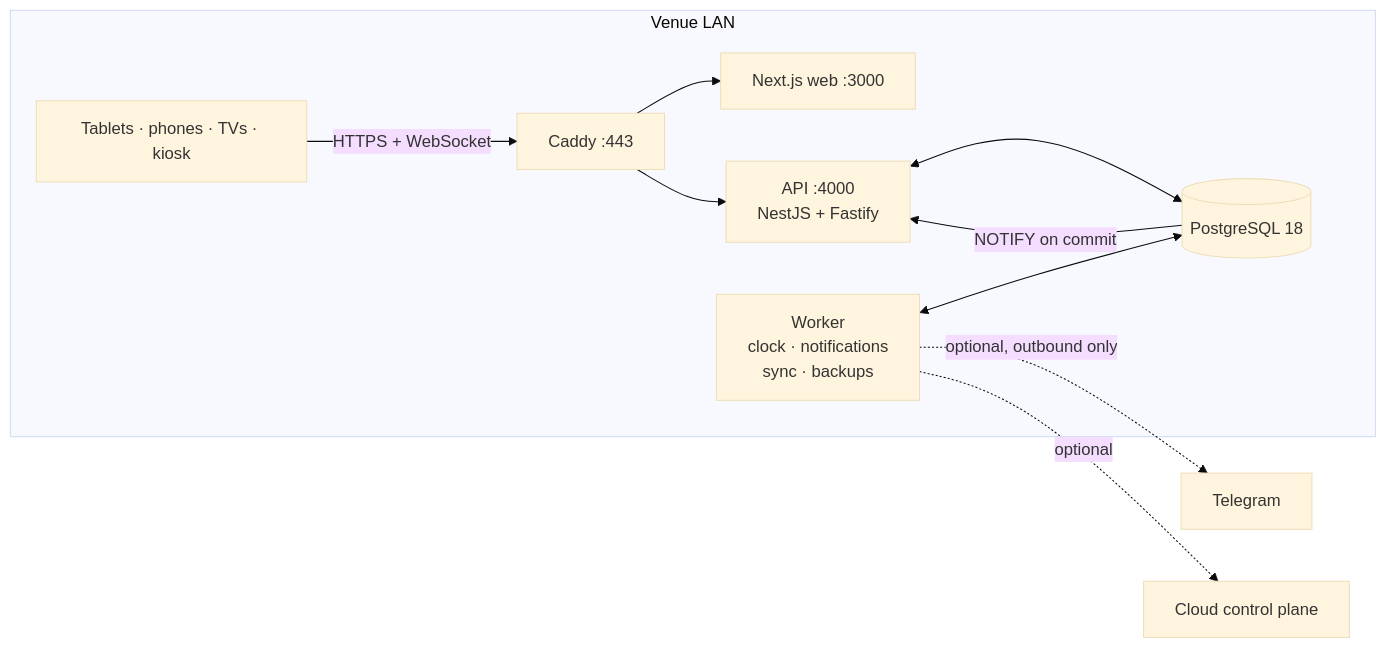
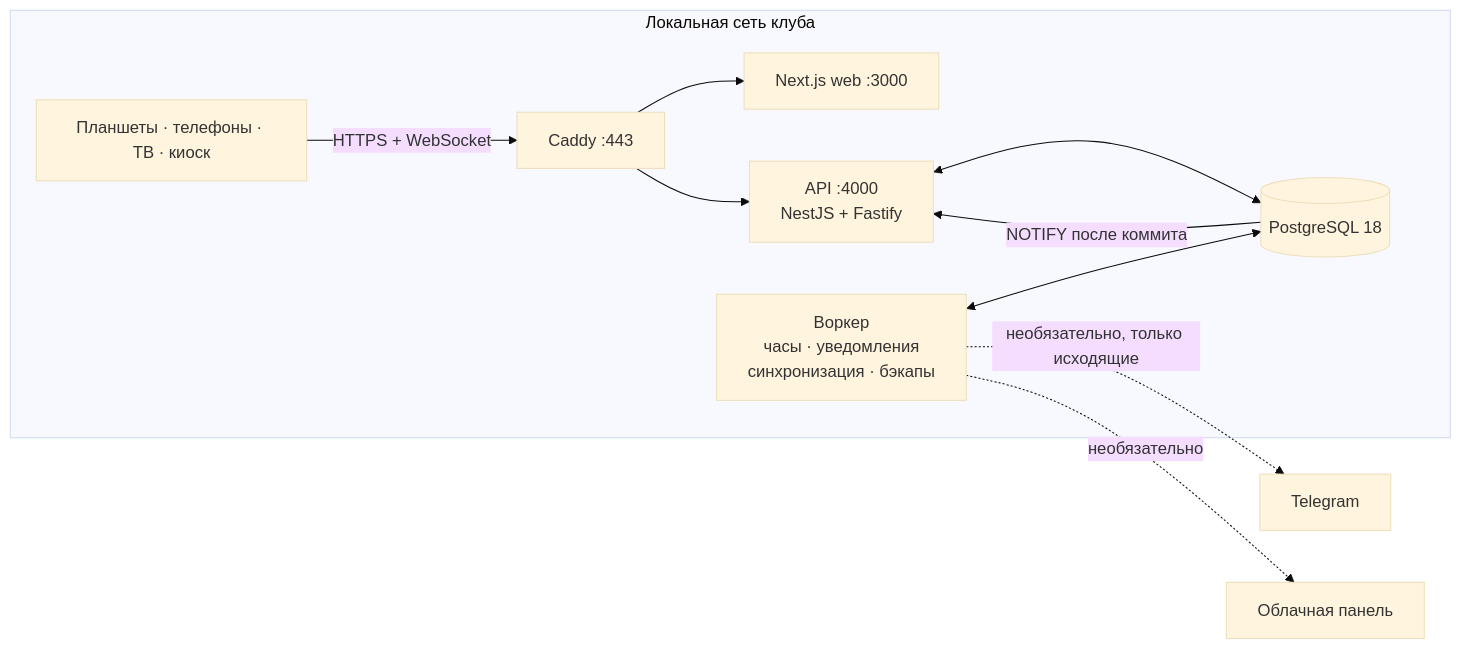
The diagram in README.md (kr0nsch/poker-club-os), drawn with Mermaid (base theme) before and after one commit. The commit also changed other lines of this file and 26 other files, not shown here.

````diff
--- a/README.md
+++ b/README.md
@@ -115,13 +115,13 @@
 ```mermaid
 flowchart LR
-  subgraph LAN["Venue LAN"]
-    D["Tablets · phones · TVs · kiosk"] -- "HTTPS + WebSocket" --> C["Caddy :443"]
+  subgraph LAN["Локальная сеть клуба"]
+    D["Планшеты · телефоны · ТВ · киоск"] -- "HTTPS + WebSocket" --> C["Caddy :443"]
     C --> W["Next.js web :3000"]
     C --> A["API :4000<br/>NestJS + Fastify"]
     A <--> P[("PostgreSQL 18")]
-    K["Worker<br/>clock · notifications<br/>sync · backups"] <--> P
-    P -- "NOTIFY on commit" --> A
+    K["Воркер<br/>часы · уведомления<br/>синхронизация · бэкапы"] <--> P
+    P -- "NOTIFY после коммита" --> A
   end
-  K -. "optional, outbound only" .-> TG["Telegram"]
-  K -. optional .-> CL["Cloud control plane"]
+  K -. "необязательно, только исходящие" .-> TG["Telegram"]
+  K -. необязательно .-> CL["Облачная панель"]
 ```
````
